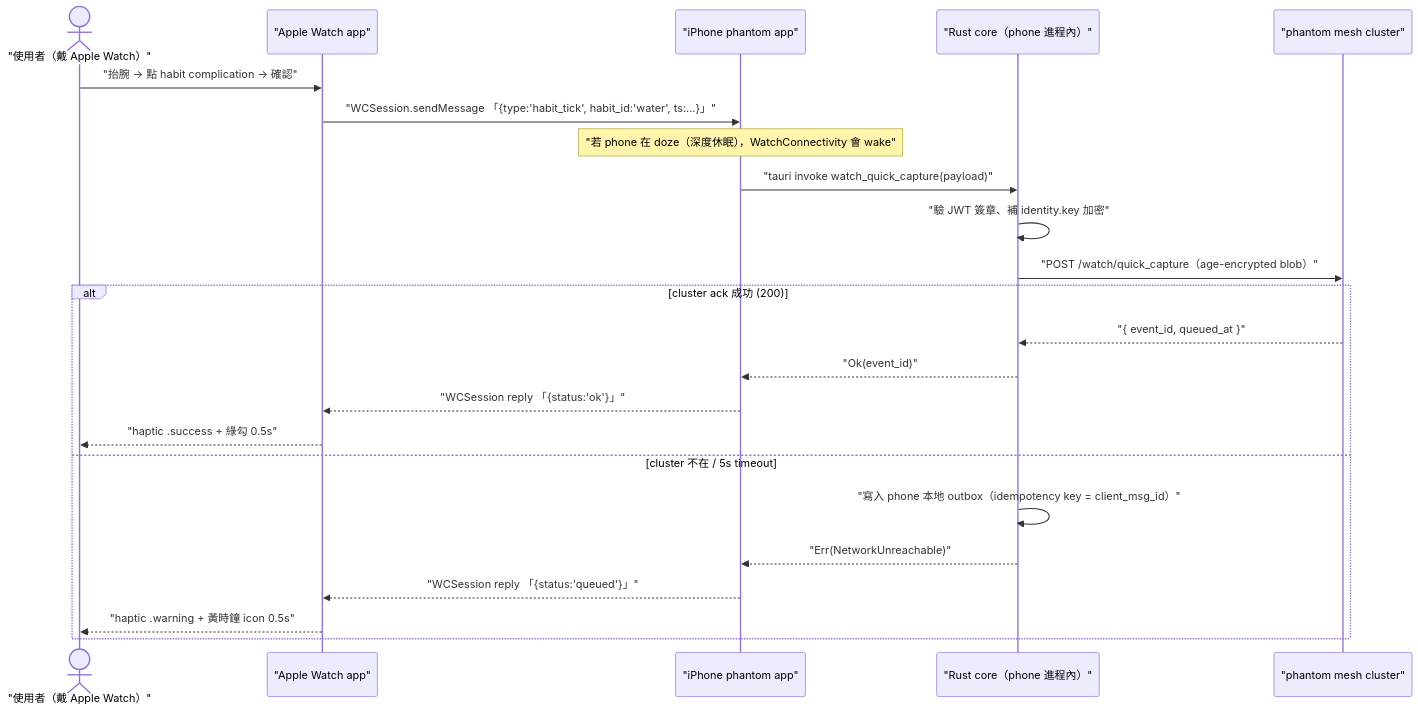
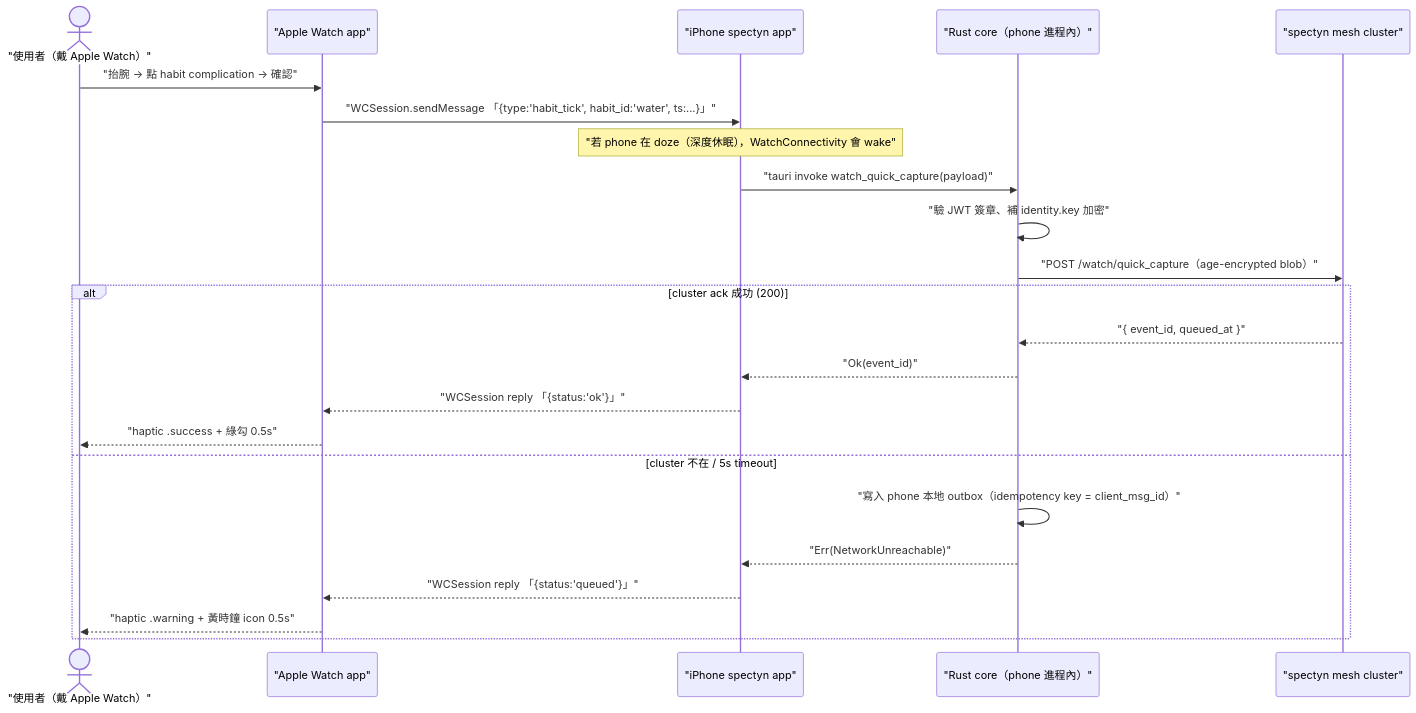
Before and after one commit to markl-a/phantom-mesh: the second of 4 diagrams in docs/spec/history/2026-05-30/deferred/SPEC-73-EXP-watch-companion.md, drawn with Mermaid. The commit also changed other lines of this file and 1245 other files, not shown here.

First line of the commit message:
rename: phantom -> spectyn across the public tree

````diff
--- a/docs/spec/history/2026-05-30/deferred/SPEC-73-EXP-watch-companion.md
+++ b/docs/spec/history/2026-05-30/deferred/SPEC-73-EXP-watch-companion.md
@@ -186,25 +186,25 @@
 ```mermaid
 sequenceDiagram
     actor user as "使用者（戴 Apple Watch）"
     participant watch as "Apple Watch app"
-    participant phone as "iPhone phantom app"
+    participant phone as "iPhone spectyn app"
     participant core as "Rust core（phone 進程內）"
-    participant cluster as "phantom mesh cluster"
+    participant cluster as "spectyn mesh cluster"
     user->>watch: "抬腕 → 點 habit complication → 確認"
     watch->>phone: "WCSession.sendMessage 「{type:'habit_tick', habit_id:'water', ts:...}」"
     Note over phone: "若 phone 在 doze（深度休眠），WatchConnectivity 會 wake"
     phone->>core: "tauri invoke watch_quick_capture(payload)"
     core->>core: "驗 JWT 簽章、補 identity.key 加密"
     core->>cluster: "POST /watch/quick_capture（age-encrypted blob）"
     alt cluster ack 成功 (200)
         cluster-->>core: "{ event_id, queued_at }"
         core-->>phone: "Ok(event_id)"
         phone-->>watch: "WCSession reply 「{status:'ok'}」"
         watch-->>user: "haptic .success + 綠勾 0.5s"
     else cluster 不在 / 5s timeout
         core->>core: "寫入 phone 本地 outbox（idempotency key = client_msg_id）"
         core-->>phone: "Err(NetworkUnreachable)"
         phone-->>watch: "WCSession reply 「{status:'queued'}」"
         watch-->>user: "haptic .warning + 黃時鐘 icon 0.5s"
     end
 ```
````
